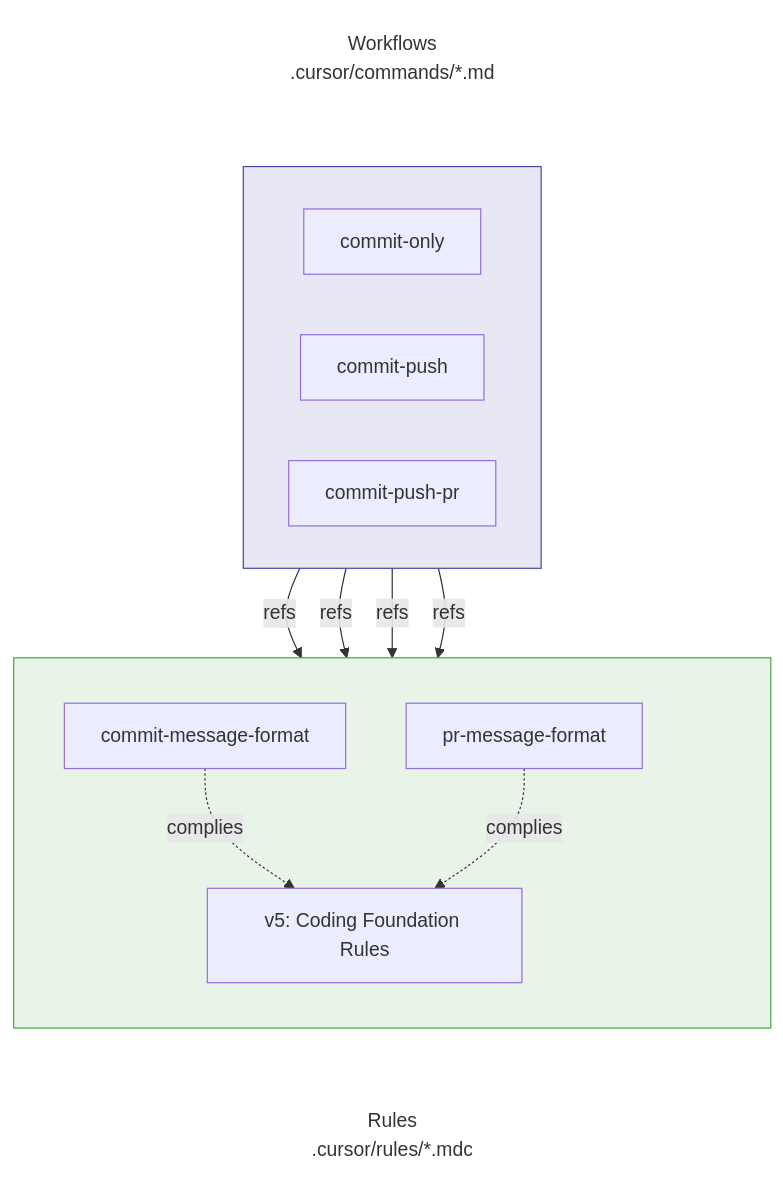
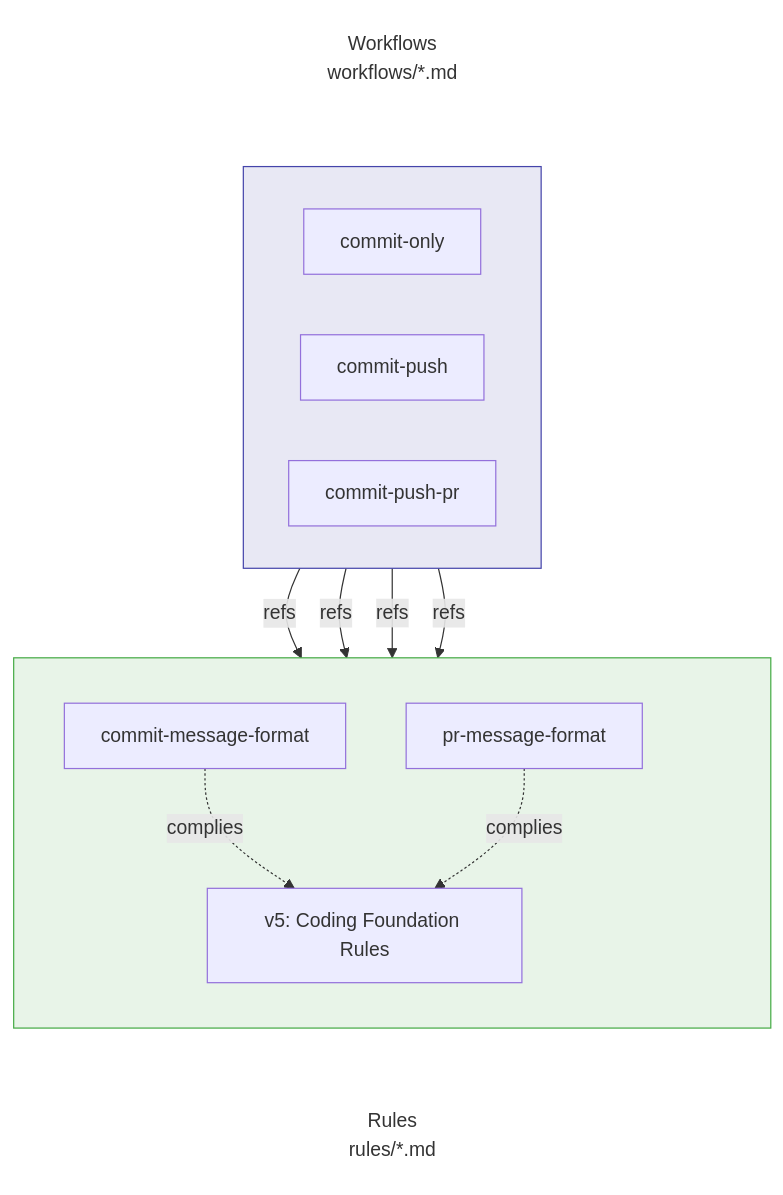
The first of 2 diagrams in en/doc/rules-and-workflows.md (kinopeee/cursorrules), drawn with Mermaid before and after one commit. The commit also changed other lines of this file and 60 other files, not shown here.

````diff
--- a/en/doc/rules-and-workflows.md
+++ b/en/doc/rules-and-workflows.md
@@ -90,43 +94,43 @@
 ```mermaid
 flowchart TB
-    WLabel[Workflows<br/>.cursor/commands/*.md]
+    WLabel[Workflows<br/>workflows/*.md]
     
     subgraph Workflow[" "]
         direction LR
         W1[commit-only]
         W2[commit-push]
         W3[commit-push-pr]
     end
 
     subgraph Rules[" "]
         direction TB
         R1[commit-message-format]
         R2[pr-message-format]
         space[ ]
         V5[v5: Coding Foundation Rules]
     end
     
-    RLabel[Rules<br/>.cursor/rules/*.mdc]
+    RLabel[Rules<br/>rules/*.md]
 
     WLabel ~~~ Workflow
     Workflow ~~~ Rules
     Rules ~~~ RLabel
 
     W1 -->|refs| R1
     W2 -->|refs| R1
     W3 -->|refs| R1
     W3 -->|refs| R2
     
     R1 -.->|complies| V5
     R2 -.->|complies| V5
 
     style Workflow fill:#e8e8f4,stroke:#44a
     style Rules fill:#e8f4e8,stroke:#4a4
     style WLabel fill:none,stroke:none
     style RLabel fill:none,stroke:none
     style space fill:none,stroke:none
     
     linkStyle 0 stroke:none
     linkStyle 1 stroke:none
     linkStyle 2 stroke:none
 ```
````
